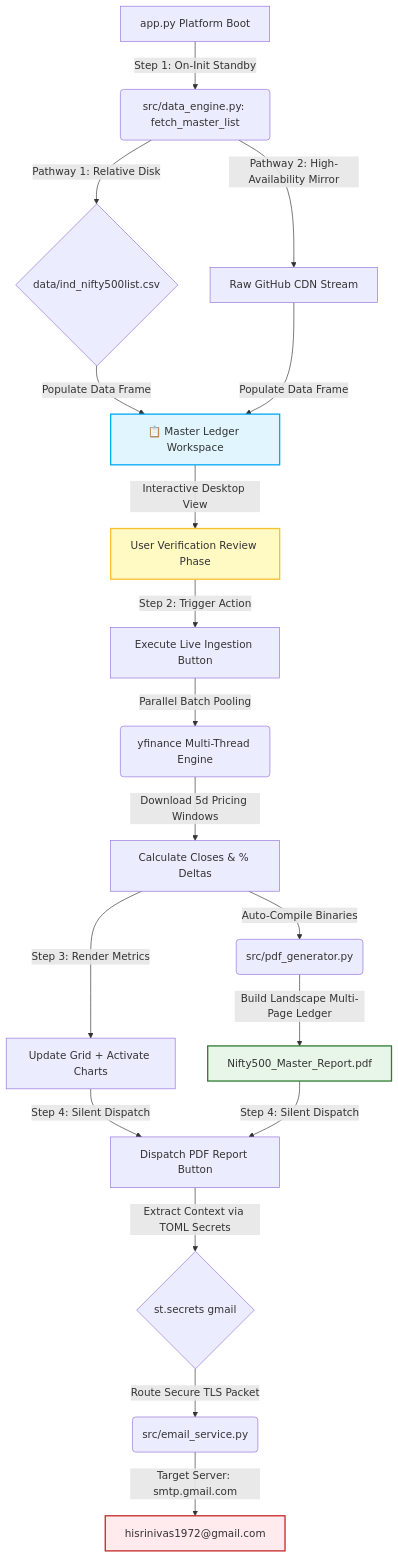
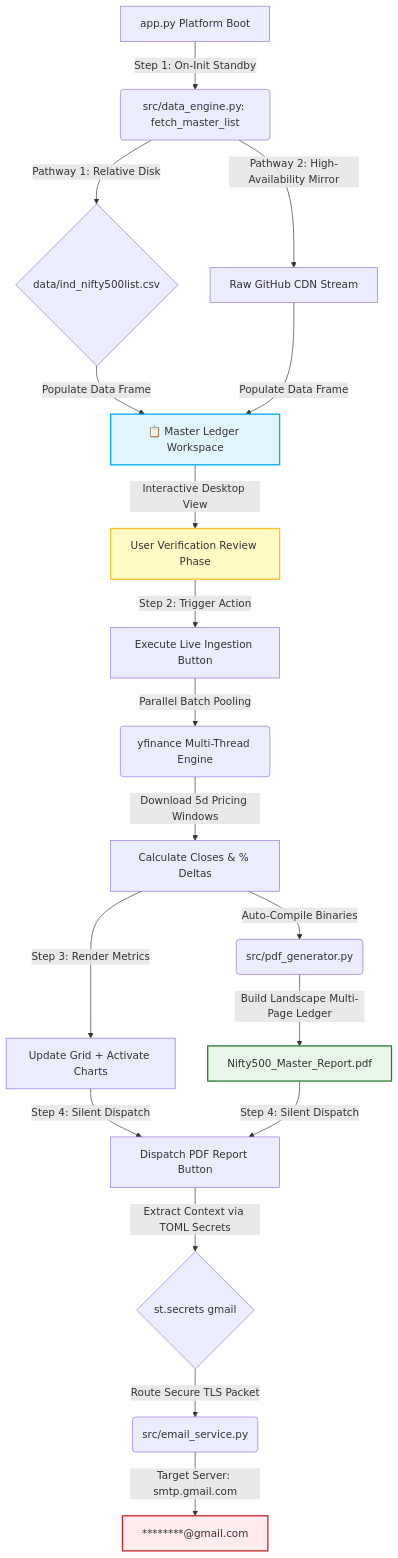
The diagram in README.md (SRINIVASTA/nifty500-tracker), drawn with Mermaid before and after one commit. The commit also changed other lines of this file, not shown here.

````diff
--- a/README.md
+++ b/README.md
@@ -28,33 +28,33 @@
 ```mermaid
 graph TD
     %% Base Infrastructure Load
     A[app.py Platform Boot] -->|Step 1: On-Init Standby| B(src/data_engine.py: fetch_master_list)
     B -->|Pathway 1: Relative Disk| C{data/ind_nifty500list.csv}
     B -->|Pathway 2: High-Availability Mirror| D[Raw GitHub CDN Stream]
     
     %% Desktop Interface Rendering
     C & D -->|Populate Data Frame| E[📋 Master Ledger Workspace]
     E -->|Interactive Desktop View| F[User Verification Review Phase]
     
     %% Live Processing Ingestion Execution
     F -->|Step 2: Trigger Action| G[Execute Live Ingestion Button]
     G -->|Parallel Batch Pooling| H(yfinance Multi-Thread Engine)
     H -->|Download 5d Pricing Windows| I[Calculate Closes & % Deltas]
     
     %% Downstream Document Output
     I -->|Step 3: Render Metrics| J[Update Grid + Activate Charts]
     I -->|Auto-Compile Binaries| K(src/pdf_generator.py)
     K -->|Build Landscape Multi-Page Ledger| L[Nifty500_Master_Report.pdf]
     
     %% Secure Transmission Route
     J & L -->|Step 4: Silent Dispatch| M[Dispatch PDF Report Button]
     M -->|Extract Context via TOML Secrets| N{st.secrets gmail}
     N -->|Route Secure TLS Packet| O(src/email_service.py)
-    O -->|Target Server: smtp.gmail.com| P["hisrinivas1972@gmail.com"]
+    O -->|Target Server: smtp.gmail.com| P["********@gmail.com"]
 
     %% Class Styling for Clean UI Nodes
     style E fill:#e1f5fe,stroke:#03a9f4,stroke-width:2px;
     style F fill:#fff9c4,stroke:#fbc02d,stroke-width:2px;
     style L fill:#e8f5e9,stroke:#2e7d32,stroke-width:2px;
     style P fill:#ffebee,stroke:#c62828,stroke-width:2px;
 ```
````
